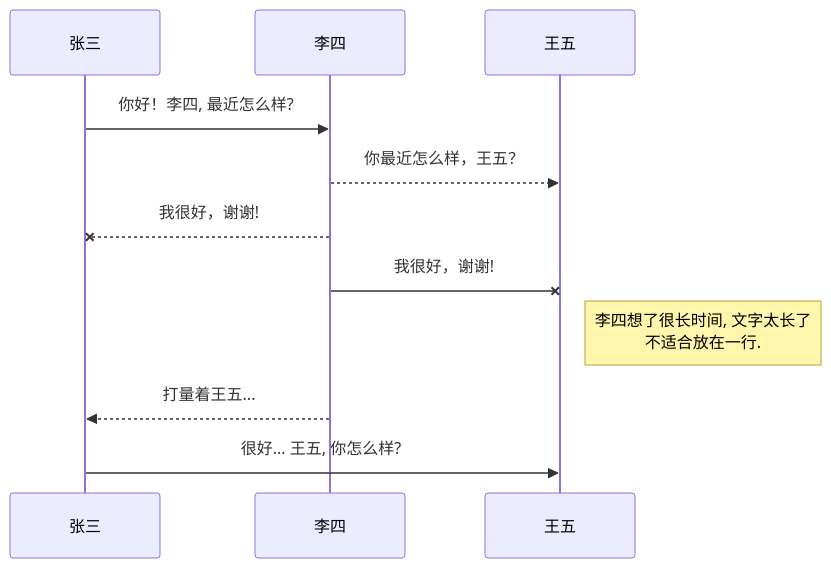
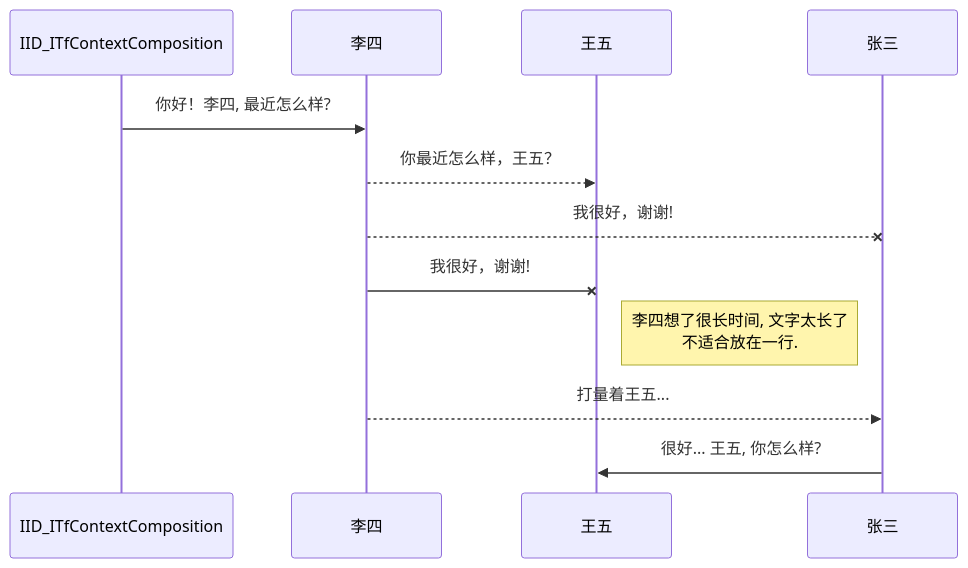
The second of 4 diagrams in 2023/5/1.md (ChineseInputMethod/mumble), drawn with Mermaid before and after one commit. The commit also changed other lines of this file, not shown here.

Commit message:
测试uml图标

````diff
--- a/2023/5/1.md
+++ b/2023/5/1.md
@@ -82,11 +100,11 @@
 ```mermaid
 sequenceDiagram
-张三 ->> 李四: 你好！李四, 最近怎么样?
+IID_ITfContextComposition ->> 李四: 你好！李四, 最近怎么样?
 李四-->>王五: 你最近怎么样，王五？
 李四--x 张三: 我很好，谢谢!
 李四-x 王五: 我很好，谢谢!
 Note right of 王五: 李四想了很长时间, 文字太长了<br/>不适合放在一行.
 
 李四-->>张三: 打量着王五...
 张三->>王五: 很好... 王五, 你怎么样?
 ```
````
